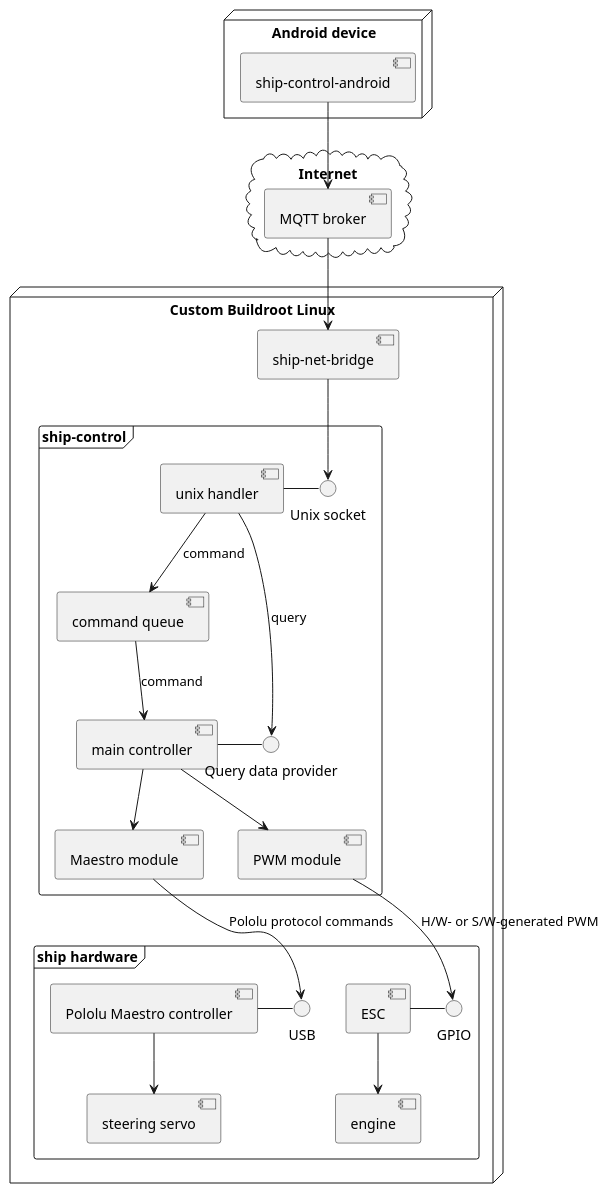
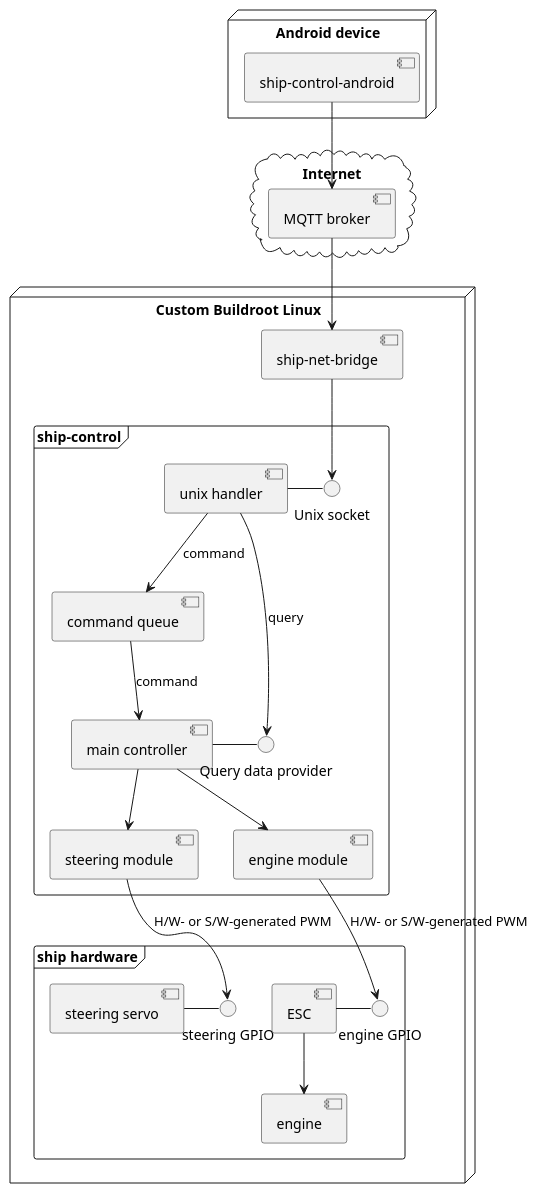
The diagram in doc/components.puml (MooseTheBrown/ship-control), drawn with PlantUML before and after one commit. The commit also changed 1 other file, not shown here.

Commit message:
Update component diagram

```diff
--- a/doc/components.puml
+++ b/doc/components.puml
@@ -1,38 +1,37 @@
 @startuml
 node "Android device" {
     [ship-control-android] as mobile
 }
 cloud "Internet" {
     [MQTT broker] as broker
 }
 
 node "Custom Buildroot Linux" {
     [ship-net-bridge] as bridge
     frame "ship-control" {
         () "Unix socket" as usock
         [unix handler] - usock
         bridge --> usock
         [unix handler] --> [command queue]: command
         [command queue] --> [main controller]: command
         () "Query data provider" as provider
         [main controller] - provider
-        [main controller] --> [Maestro module]
-        [main controller] --> [PWM module]
+        [main controller] --> [steering module]
+        [main controller] --> [engine module]
         [unix handler] --> provider: query
     }
     frame "ship hardware" {
-        () "GPIO"
-        [ESC] - GPIO
+        () "engine GPIO"
+        () "steering GPIO"
+        [ESC] - "engine GPIO"
         [ESC] --> [engine]
-        () "USB"
-        [Pololu Maestro controller] - "USB"
-        [Pololu Maestro controller] --> [steering servo]
+        [steering servo] - "steering GPIO"
     }
 }
 
 mobile --> broker
 broker --> bridge
-[PWM module] --> "GPIO": H/W- or S/W-generated PWM
-[Maestro module] --> "USB": Pololu protocol commands
+[engine module] --> "engine GPIO": H/W- or S/W-generated PWM
+[steering module] --> "steering GPIO": H/W- or S/W-generated PWM
 
 @enduml
```
